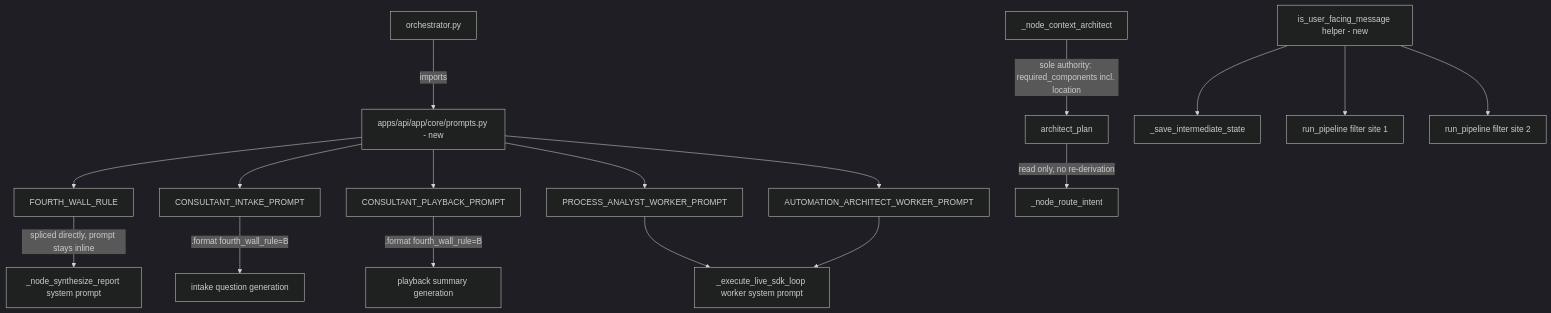
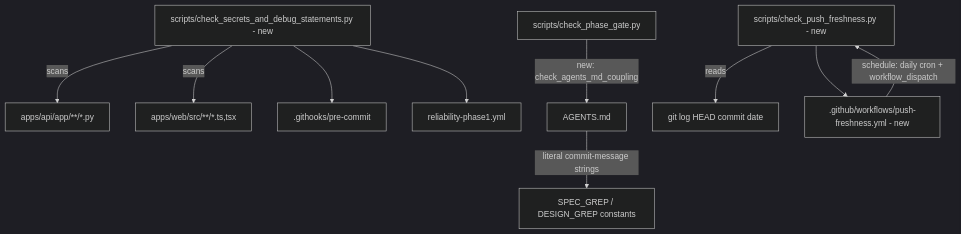
One commit to njt1980/BuildSense changed the diagram in design.md. Above: the diagram before and after it, drawn with Mermaid (dark theme). The commit also changed other lines of this file, not shown here.

Commit message:
docs: finalize system design

````diff
--- a/design.md
+++ b/design.md
@@ -11,22 +11,14 @@
 ```mermaid
 graph TD
-    A[apps/api/app/core/prompts.py - new] --> B[FOURTH_WALL_RULE]
-    A --> C[CONSULTANT_INTAKE_PROMPT]
-    A --> D[CONSULTANT_PLAYBACK_PROMPT]
-    A --> E[PROCESS_ANALYST_WORKER_PROMPT]
-    A --> F[AUTOMATION_ARCHITECT_WORKER_PROMPT]
+    A[scripts/check_secrets_and_debug_statements.py - new] -->|scans| B[apps/api/app/**/*.py]
+    A -->|scans| C[apps/web/src/**/*.ts,tsx]
+    A --> D[.githooks/pre-commit]
+    A --> E[reliability-phase1.yml]
 
-    G[orchestrator.py] -->|imports| A
-    C -->|.format fourth_wall_rule=B| H[intake question generation]
-    D -->|.format fourth_wall_rule=B| I[playback summary generation]
-    B -->|spliced directly, prompt stays inline| J[_node_synthesize_report system prompt]
-    E --> K[_execute_live_sdk_loop worker system prompt]
-    F --> K
+    F[scripts/check_phase_gate.py] -->|new: check_agents_md_coupling| G[AGENTS.md]
+    G -->|literal commit-message strings| H[SPEC_GREP / DESIGN_GREP constants]
 
-    L[_node_context_architect] -->|sole authority: required_components incl. location| M[architect_plan]
-    M -->|read only, no re-derivation| N[_node_route_intent]
-
-    O[is_user_facing_message helper - new] --> P[_save_intermediate_state]
-    O --> Q[run_pipeline filter site 1]
-    O --> R[run_pipeline filter site 2]
+    I[scripts/check_push_freshness.py - new] -->|reads| J[git log HEAD commit date]
+    I --> K[.github/workflows/push-freshness.yml - new]
+    K -->|schedule: daily cron + workflow_dispatch| I
 ```
````
